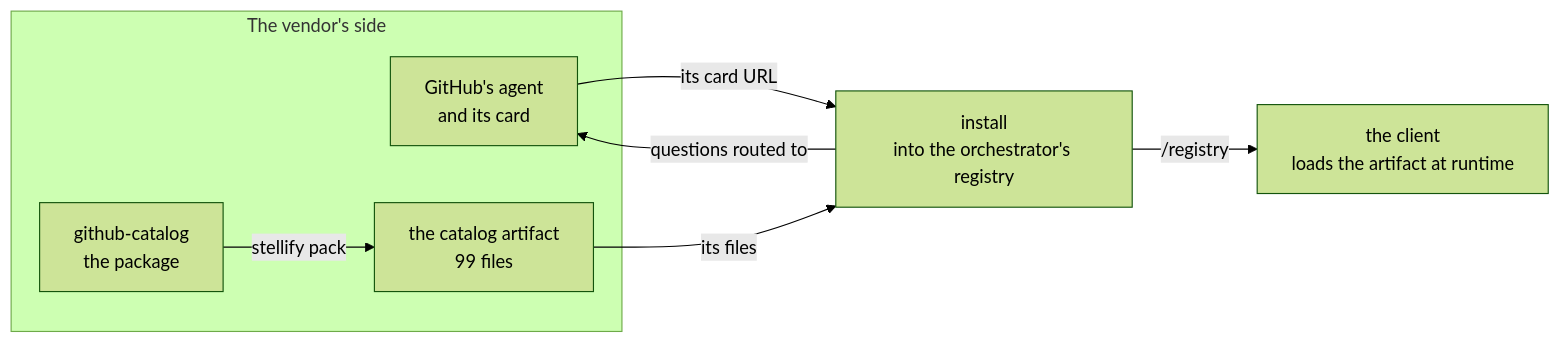
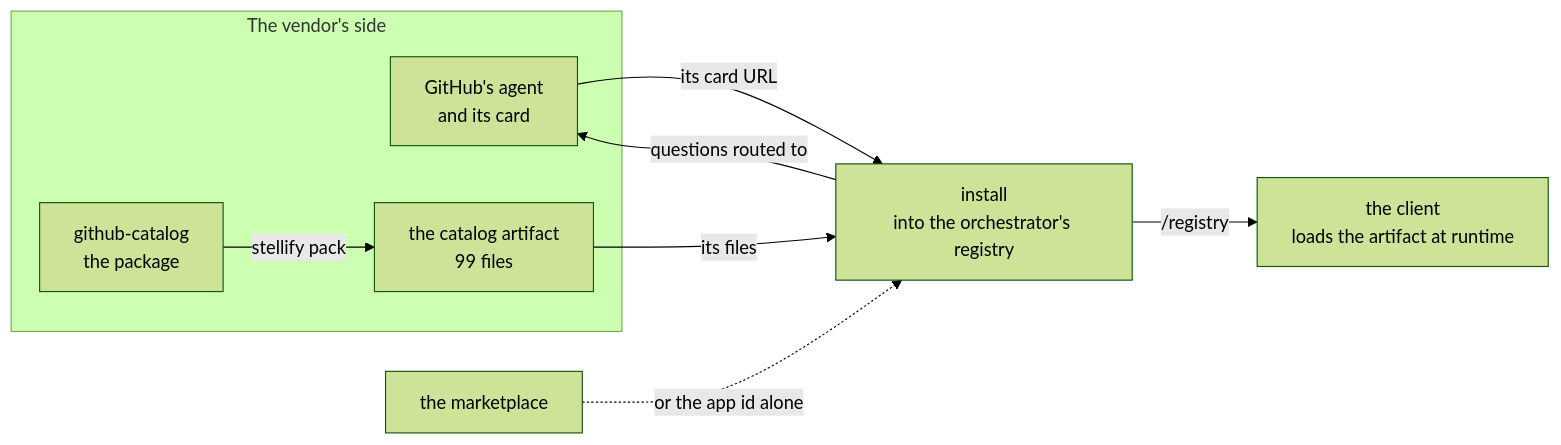
The first of 3 diagrams in docs/design/app-install.md (retz8/a2uiverse), drawn with Mermaid (forest theme) before and after one commit. The commit also changed other lines of this file, not shown here.

````diff
--- a/docs/design/app-install.md
+++ b/docs/design/app-install.md
@@ -21,11 +23,12 @@
 ```mermaid
 flowchart LR
     subgraph vendor["The vendor's side"]
         A["GitHub's agent<br/>and its card"]
         P["github-catalog<br/>the package"] -->|"stellify pack"| ART["the catalog artifact<br/>99 files"]
     end
     A -->|"its card URL"| INS["install<br/>into the orchestrator's registry"]
     ART -->|"its files"| INS
+    MK["the marketplace"] -.->|"or the app id alone"| INS
     INS -->|"questions routed to"| A
     INS -->|"/registry"| C["the client<br/>loads the artifact at runtime"]
 ```
````
